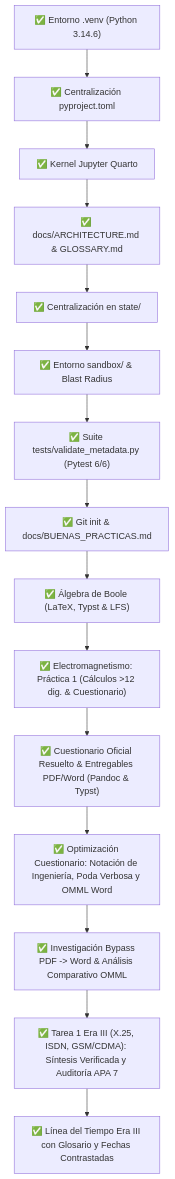
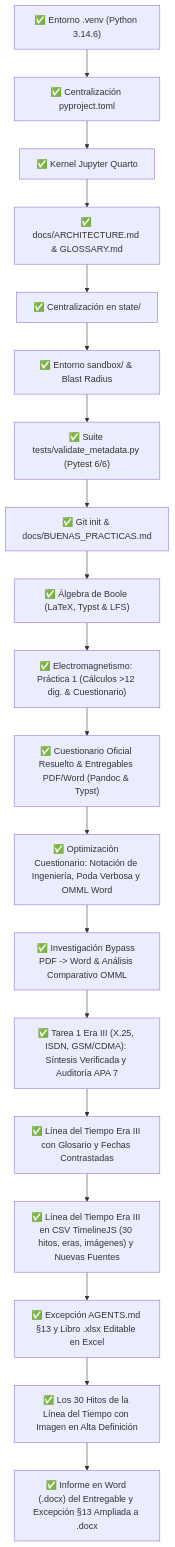
Before and after one commit to NeruDev/RECURSOS: the diagram in state/PROGRESS.md, drawn with Mermaid. The commit also changed other lines of this file and 10 other files, not shown here.

Commit message:
Linea del tiempo

````diff
--- a/state/PROGRESS.md
+++ b/state/PROGRESS.md
@@ -24,18 +24,22 @@
 ```mermaid
 flowchart TD
     T1["✅ Entorno .venv (Python 3.14.6)"] --> T2["✅ Centralización pyproject.toml"]
     T2 --> T3["✅ Kernel Jupyter Quarto"]
     T3 --> T4["✅ docs/ARCHITECTURE.md & GLOSSARY.md"]
     T4 --> T5["✅ Centralización en state/"]
     T5 --> T6["✅ Entorno sandbox/ & Blast Radius"]
     T6 --> T7["✅ Suite tests/validate_metadata.py (Pytest 6/6)"]
     T7 --> T8["✅ Git init & docs/BUENAS_PRACTICAS.md"]
     T8 --> T9["✅ Álgebra de Boole (LaTeX, Typst & LFS)"]
     T9 --> T10["✅ Electromagnetismo: Práctica 1 (Cálculos >12 dig. & Cuestionario)"]
     T10 --> T11["✅ Cuestionario Oficial Resuelto & Entregables PDF/Word (Pandoc & Typst)"]
     T11 --> T12["✅ Optimización Cuestionario: Notación de Ingeniería, Poda Verbosa y OMML Word"]
     T12 --> T13["✅ Alternativas a Pandoc: markdocx (OMML MML2OMML.XSL) & Quarto"]
     T13["✅ Investigación Bypass PDF -> Word & Análisis Comparativo OMML"] --> T14
     T14["✅ Tarea 1 Era III (X.25, ISDN, GSM/CDMA): Síntesis Verificada y Auditoría APA 7"] --> T15
-    T15["✅ Línea del Tiempo Era III con Glosario y Fechas Contrastadas"]
+    T15["✅ Línea del Tiempo Era III con Glosario y Fechas Contrastadas"] --> T16
+    T16["✅ Línea del Tiempo Era III en CSV TimelineJS (30 hitos, eras, imágenes) y Nuevas Fuentes"] --> T17
+    T17["✅ Excepción AGENTS.md §13 y Libro .xlsx Editable en Excel"] --> T18
+    T18["✅ Los 30 Hitos de la Línea del Tiempo con Imagen en Alta Definición"] --> T19
+    T19["✅ Informe en Word (.docx) del Entregable y Excepción §13 Ampliada a .docx"]
 ```
````
